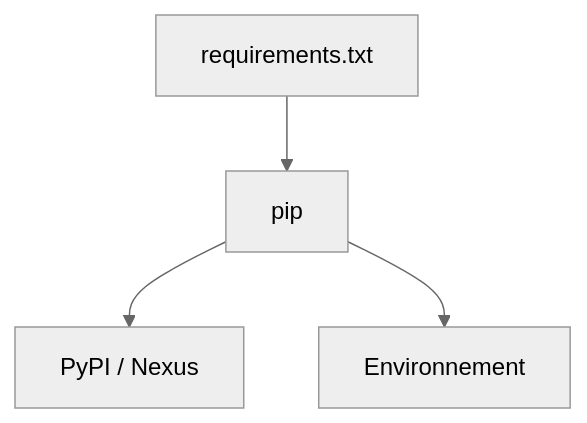
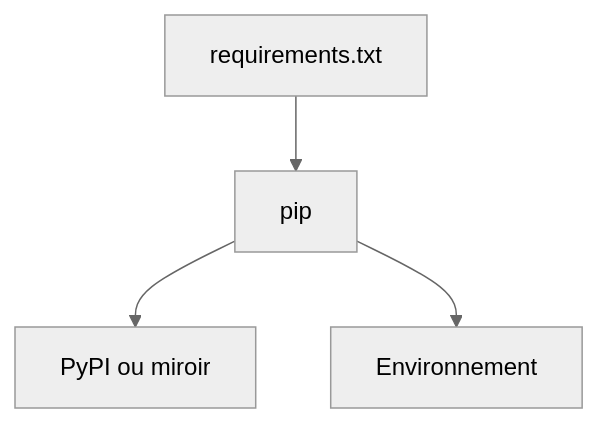
Before and after one commit to galsen-76/Informatique-: the diagram in 03 — Concepts/pip.md, drawn with Mermaid (neutral theme). The commit also changed other lines of this file and 72 other files, not shown here.

````diff
--- a/03 — Concepts/pip.md
+++ b/03 — Concepts/pip.md
@@ -44,6 +43,6 @@
 ```mermaid
 flowchart TD
   R[requirements.txt] --> P[pip]
-  P --> I[PyPI / Nexus]
+  P --> I[PyPI ou miroir]
   P --> E[Environnement]
 ```
````
